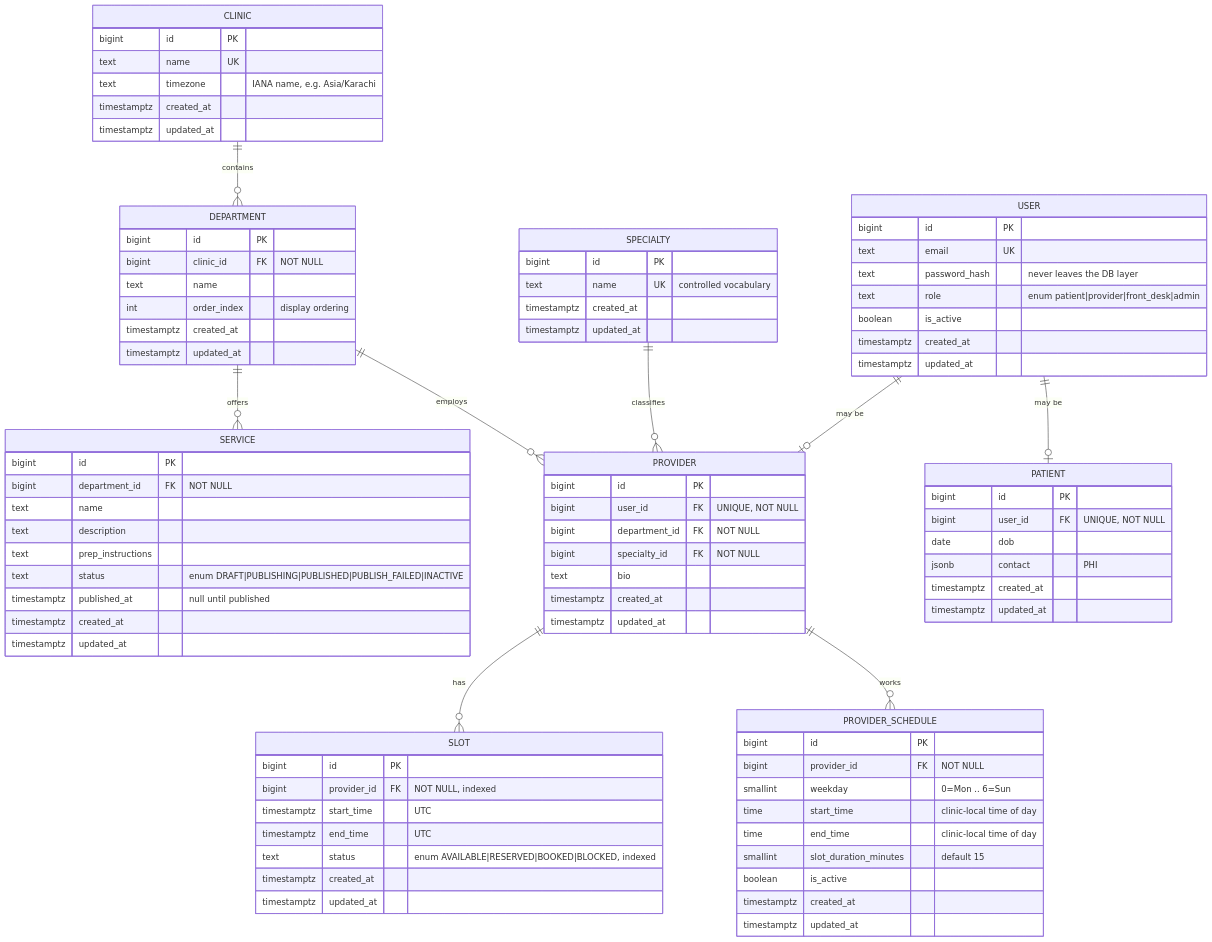
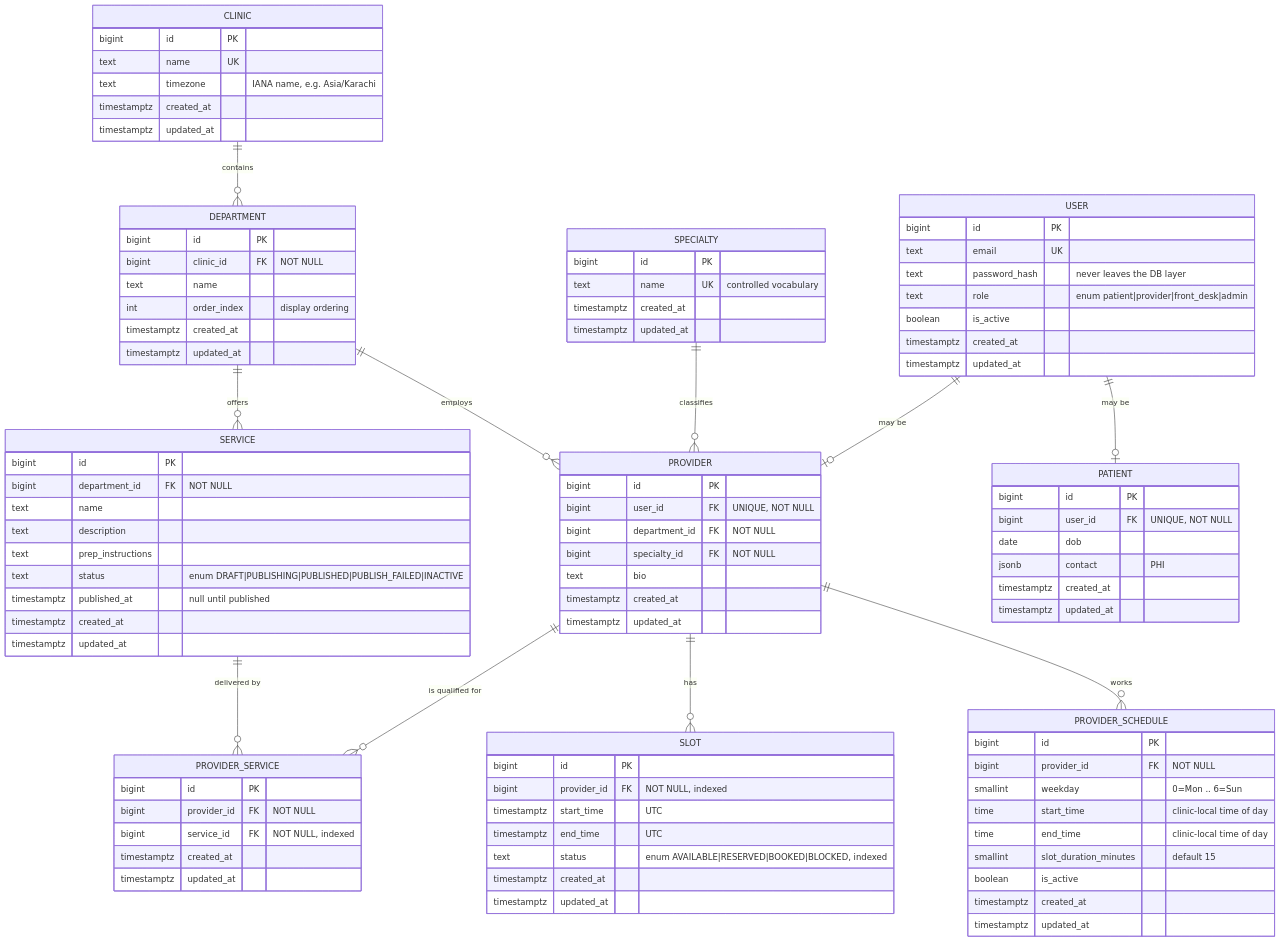
Before and after one commit to Fawwad795/smarthealth-fawwad: the diagram in docs/design.md, drawn with Mermaid. The commit also changed other lines of this file and 1 other file, not shown here.

````diff
--- a/docs/design.md
+++ b/docs/design.md
@@ -29,6 +29,8 @@
     USER ||--o| PROVIDER : "may be"
     PROVIDER ||--o{ PROVIDER_SCHEDULE : "works"
     PROVIDER ||--o{ SLOT : "has"
+    PROVIDER ||--o{ PROVIDER_SERVICE : "is qualified for"
+    SERVICE ||--o{ PROVIDER_SERVICE : "delivered by"
 
     CLINIC {
         bigint id PK
@@ -116,4 +118,12 @@
         timestamptz created_at
         timestamptz updated_at
     }
+
+    PROVIDER_SERVICE {
+        bigint id PK
+        bigint provider_id FK "NOT NULL"
+        bigint service_id FK "NOT NULL, indexed"
+        timestamptz created_at
+        timestamptz updated_at
+    }
 ```
````
